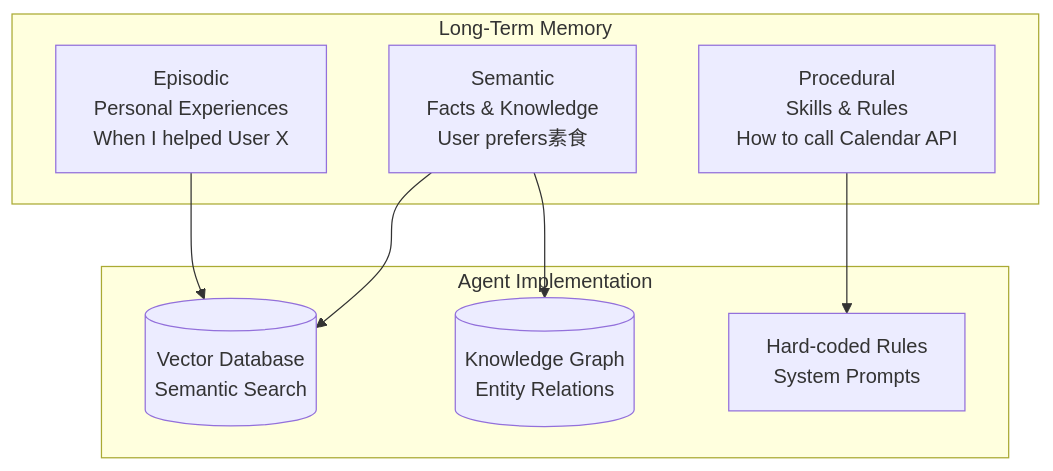
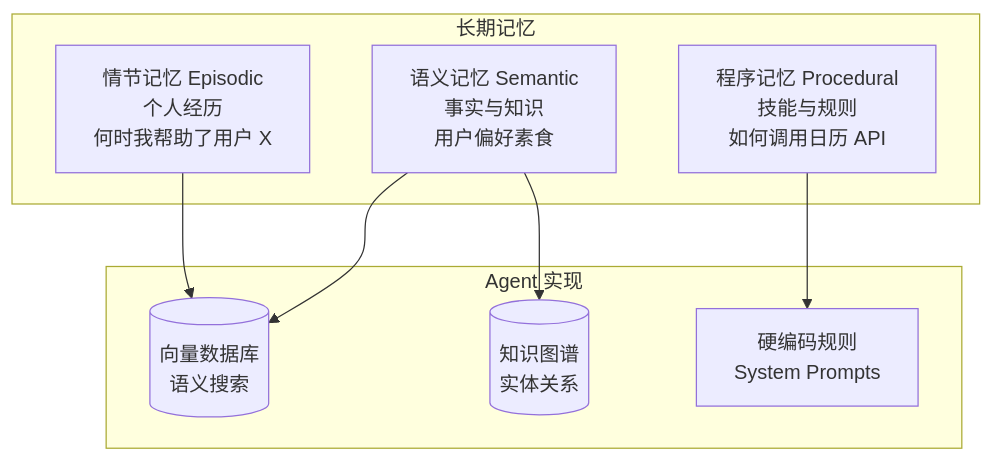
One commit to YiWang24/AiDIY changed the fourth of 8 diagrams in i18n/zh-Hans/docusaurus-plugin-content-docs/current/ai/agents/architecture.mdx. Above: the diagram before and after it, drawn with Mermaid. The commit also changed other lines of this file and 59 other files, not shown here.

````diff
--- a/i18n/zh-Hans/docusaurus-plugin-content-docs/current/ai/agents/architecture.mdx
+++ b/i18n/zh-Hans/docusaurus-plugin-content-docs/current/ai/agents/architecture.mdx
@@ -155,19 +155,19 @@
 ```mermaid
 flowchart TB
-    subgraph LTM["Long-Term Memory"]
-        EP[Episodic<br/>Personal Experiences<br/>When I helped User X]
-        SEM[Semantic<br/>Facts & Knowledge<br/>User prefers素食]
-        PROC[Procedural<br/>Skills & Rules<br/>How to call Calendar API]
+    subgraph LTM["长期记忆"]
+        EP[情节记忆 Episodic<br/>个人经历<br/>何时我帮助了用户 X]
+        SEM[语义记忆 Semantic<br/>事实与知识<br/>用户偏好素食]
+        PROC[程序记忆 Procedural<br/>技能与规则<br/>如何调用日历 API]
     end
 
-    subgraph Agent["Agent Implementation"]
-        VDB[(Vector Database<br/>Semantic Search)]
-        KG[(Knowledge Graph<br/>Entity Relations)]
-        RULES[Hard-coded Rules<br/>System Prompts]
+    subgraph Agent["Agent 实现"]
+        VDB[(向量数据库<br/>语义搜索)]
+        KG[(知识图谱<br/>实体关系)]
+        RULES[硬编码规则<br/>System Prompts]
     end
 
     EP --> VDB
     SEM --> VDB
     SEM --> KG
     PROC --> RULES
 ```
````
